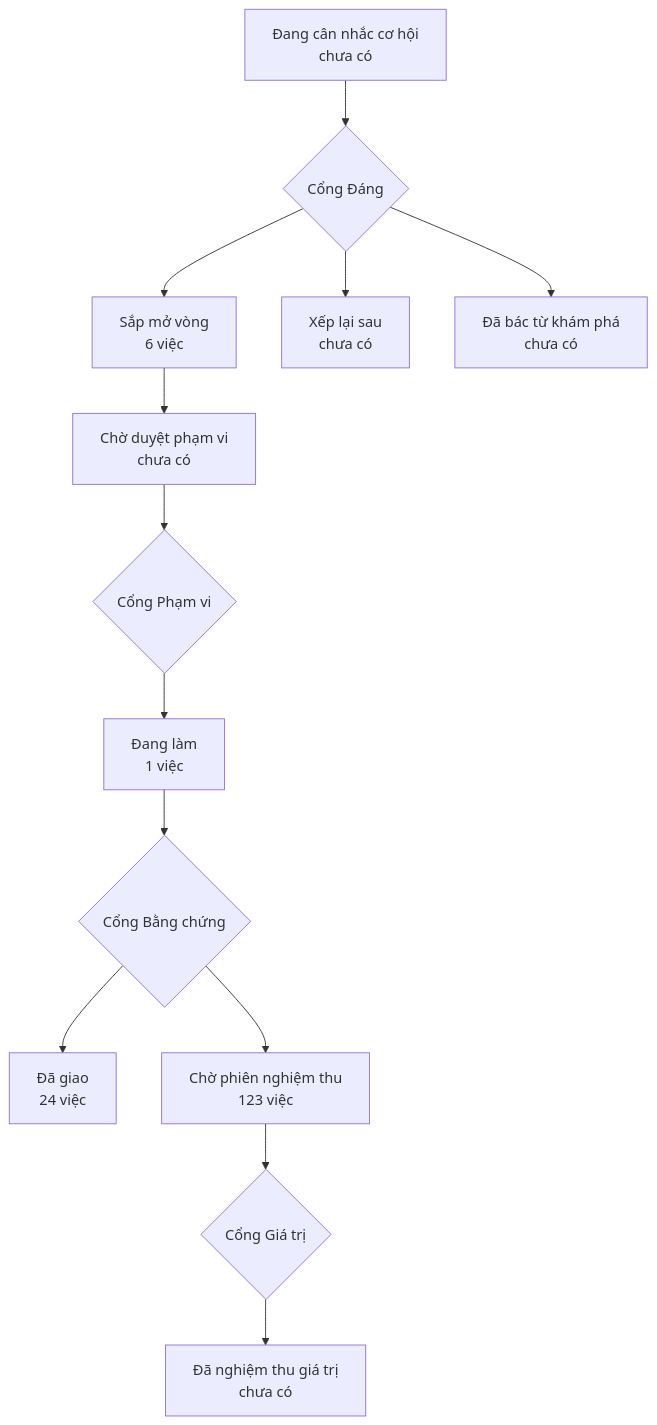
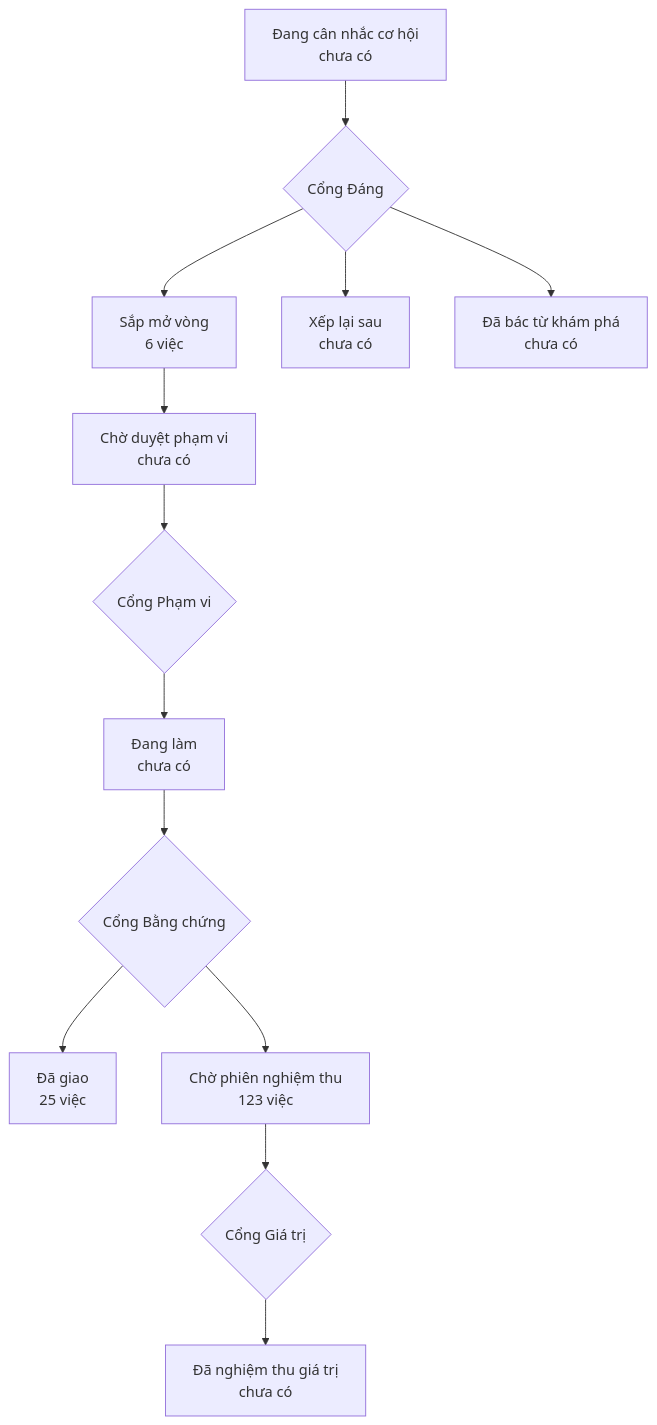
Before and after one commit to phanlemanh/onehub-quy-hang: the diagram in PRODUCT-MAP.md, drawn with Mermaid. The commit also changed other lines of this file and 8 other files, not shown here.

````diff
--- a/PRODUCT-MAP.md
+++ b/PRODUCT-MAP.md
@@ -7,12 +7,12 @@
 ```mermaid
 flowchart TD
   A["Đang cân nhắc cơ hội<br/>chưa có"] --> GD{"Cổng Đáng"}
   GD --> B["Sắp mở vòng<br/>6 việc"]
   GD --> XL["Xếp lại sau<br/>chưa có"]
   GD --> DB["Đã bác từ khám phá<br/>chưa có"]
   B --> CD["Chờ duyệt phạm vi<br/>chưa có"] --> GP{"Cổng Phạm vi"}
-  GP --> DL["Đang làm<br/>1 việc"] --> GB{"Cổng Bằng chứng"}
-  GB --> DG["Đã giao<br/>24 việc"]
+  GP --> DL["Đang làm<br/>chưa có"] --> GB{"Cổng Bằng chứng"}
+  GB --> DG["Đã giao<br/>25 việc"]
   GB --> CN["Chờ phiên nghiệm thu<br/>123 việc"] --> GG{"Cổng Giá trị"}
   GG --> NT["Đã nghiệm thu giá trị<br/>chưa có"]
 ```
````
